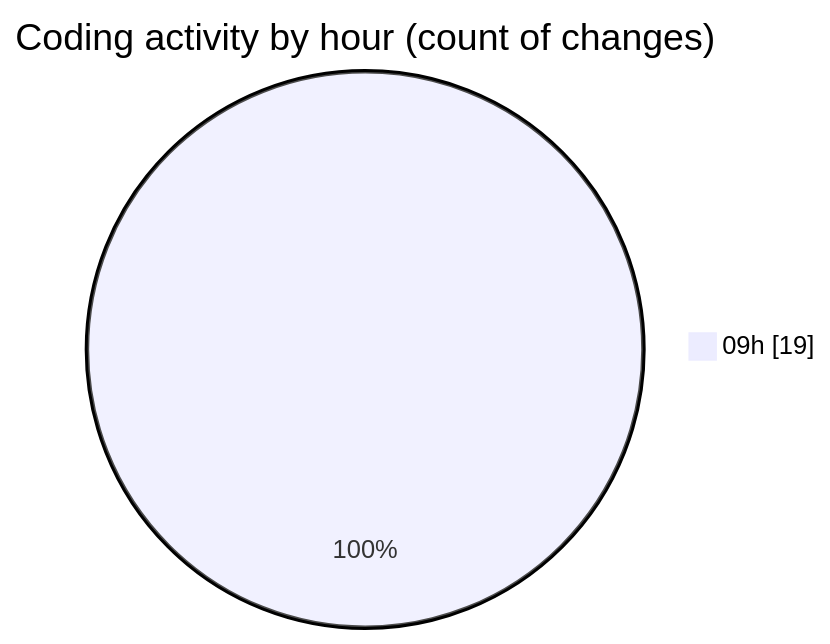
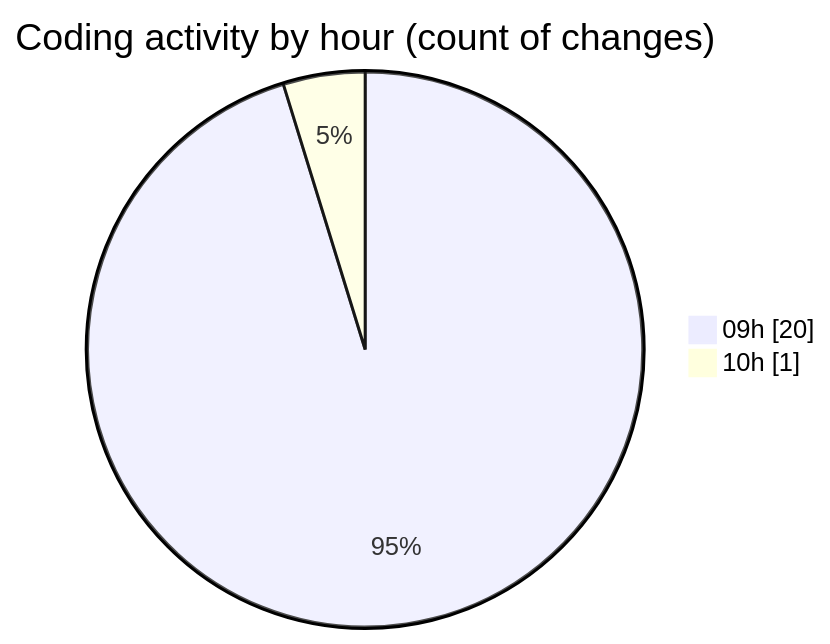
Before and after one commit to robertbonfada/code-tracking: the second of 2 diagrams in 2025-03-19/peregrino-web/README.md, drawn with Mermaid. The commit also changed other lines of this file and 1 other file, not shown here.

````diff
--- a/2025-03-19/peregrino-web/README.md
+++ b/2025-03-19/peregrino-web/README.md
@@ -32,5 +32,6 @@
 ```mermaid
 pie showData
 title Coding activity by hour (count of changes)
-"09h" : 19
+"09h" : 20
+"10h" : 1
 ```
````
